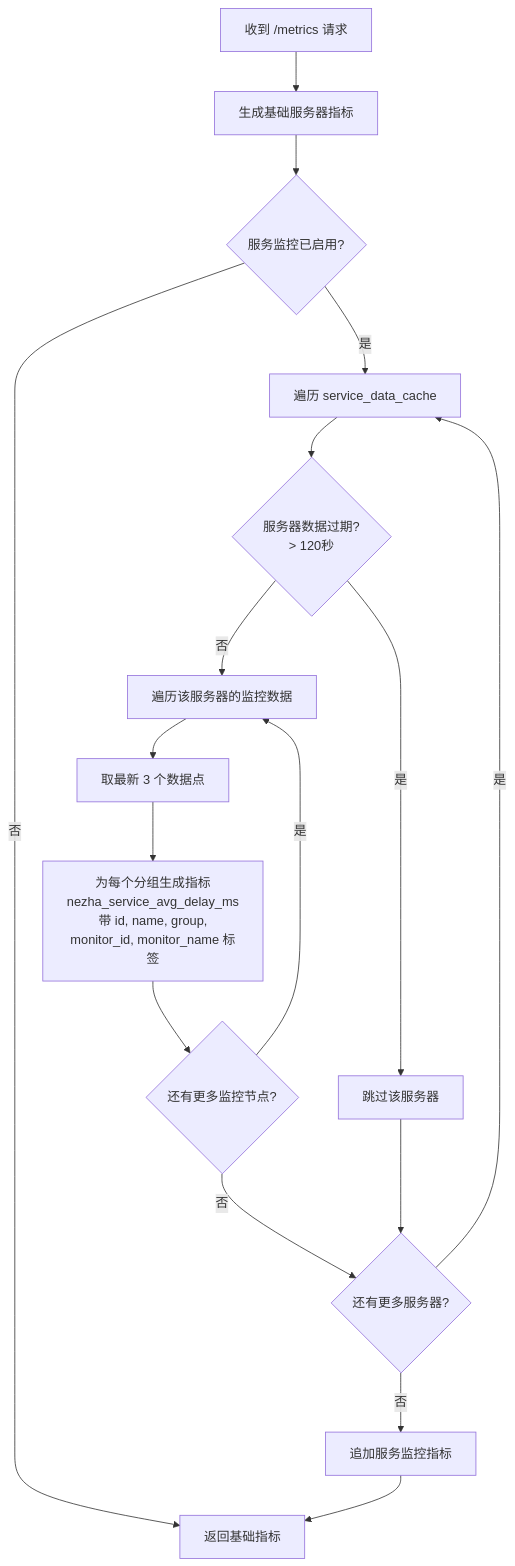
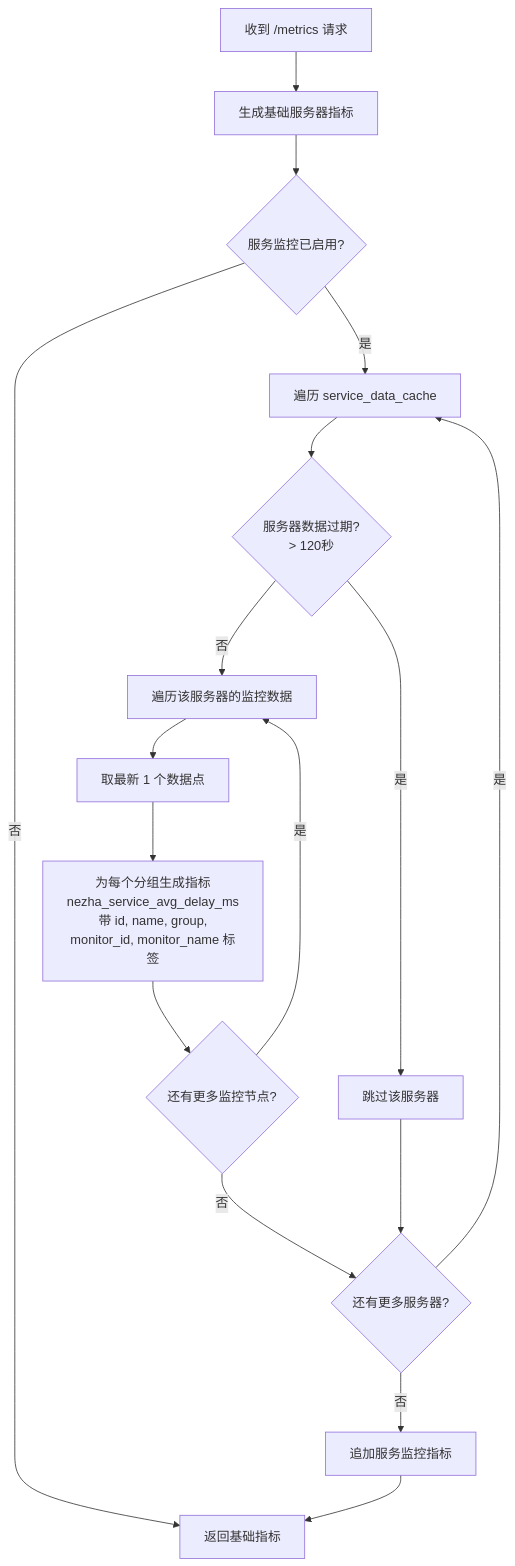
The ninth of 9 diagrams in nezha-exporter.md (Moeyuuko/nezhaV1-exporter), drawn with Mermaid before and after one commit. The commit also changed other lines of this file and 2 other files, not shown here.

````diff
--- a/nezha-exporter.md
+++ b/nezha-exporter.md
@@ -247,19 +247,19 @@
 ```mermaid
 flowchart TD
     A["收到 /metrics 请求"] --> B["生成基础服务器指标"]
     B --> C{"服务监控已启用?"}
     C -- "否" --> D["返回基础指标"]
     C -- "是" --> E["遍历 service_data_cache"]
     E --> F{"服务器数据过期?<br/>> 120秒"}
     F -- "是" --> G["跳过该服务器"]
     F -- "否" --> H["遍历该服务器的监控数据"]
-    H --> I["取最新 3 个数据点"]
+    H --> I["取最新 1 个数据点"]
     I --> J["为每个分组生成指标<br/>nezha_service_avg_delay_ms<br/>带 id, name, group,<br/>monitor_id, monitor_name 标签"]
     J --> K{"还有更多监控节点?"}
     K -- "是" --> H
     K -- "否" --> L{"还有更多服务器?"}
     G --> L
     L -- "是" --> E
     L -- "否" --> M["追加服务监控指标"]
     M --> D
 ```
````
